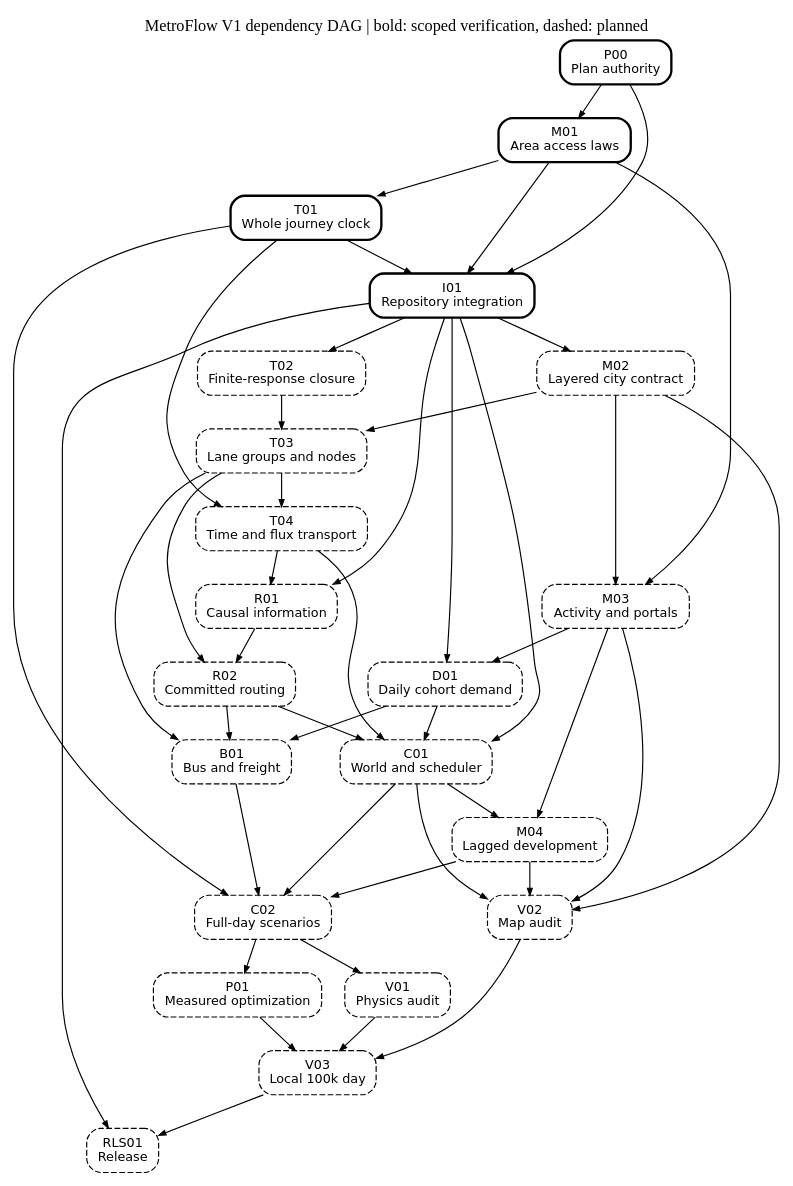
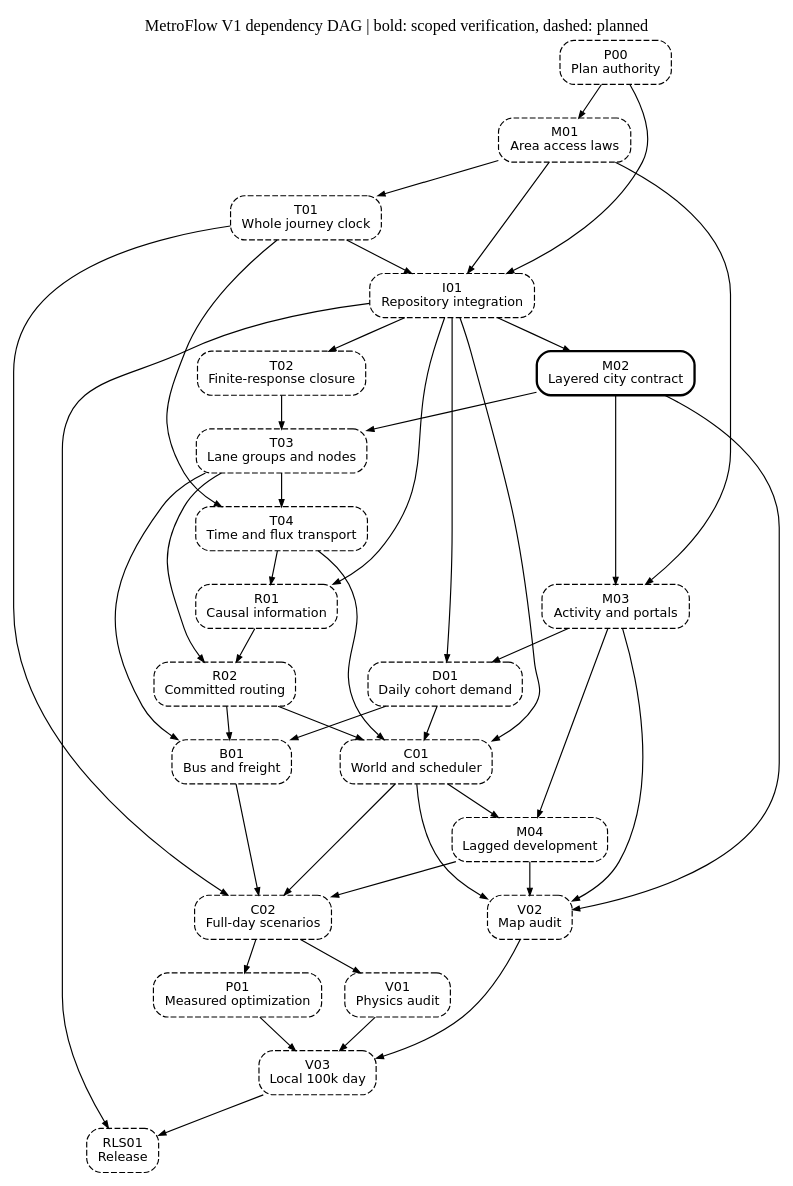
The diagram in docs/v1/DAG.dot (cosmosapjw-quantum/urban_traffic_demo), drawn with Graphviz before and after one commit. The commit also changed 22 other files, not shown here.

Commit message:
Implement M02 immutable city contract with 18 atlas JSON and 4 layered-road validations

```diff
--- a/docs/v1/DAG.dot
+++ b/docs/v1/DAG.dot
@@ -1,69 +1,69 @@
 digraph V1 {
 graph [rankdir=TB, nodesep=0.28, ranksep=0.4, labelloc=t, label="MetroFlow V1 dependency DAG | bold: scoped verification, dashed: planned"];
 node [shape=box, fontname="DejaVu Sans", fontsize=11, margin="0.12,0.10"];
 edge [arrowsize=0.6];
-P00 [label="P00\nPlan authority", style="rounded,bold"];
-M01 [label="M01\nArea access laws", style="rounded,bold"];
-T01 [label="T01\nWhole journey clock", style="rounded,bold"];
-I01 [label="I01\nRepository integration", style="rounded,bold"];
-M02 [label="M02\nLayered city contract", style="rounded,dashed"];
+P00 [label="P00\nPlan authority", style="rounded,dashed"];
+M01 [label="M01\nArea access laws", style="rounded,dashed"];
+T01 [label="T01\nWhole journey clock", style="rounded,dashed"];
+I01 [label="I01\nRepository integration", style="rounded,dashed"];
+M02 [label="M02\nLayered city contract", style="rounded,bold"];
 M03 [label="M03\nActivity and portals", style="rounded,dashed"];
 D01 [label="D01\nDaily cohort demand", style="rounded,dashed"];
 T02 [label="T02\nFinite-response closure", style="rounded,dashed"];
 T03 [label="T03\nLane groups and nodes", style="rounded,dashed"];
 T04 [label="T04\nTime and flux transport", style="rounded,dashed"];
 R01 [label="R01\nCausal information", style="rounded,dashed"];
 R02 [label="R02\nCommitted routing", style="rounded,dashed"];
 B01 [label="B01\nBus and freight", style="rounded,dashed"];
 C01 [label="C01\nWorld and scheduler", style="rounded,dashed"];
 M04 [label="M04\nLagged development", style="rounded,dashed"];
 C02 [label="C02\nFull-day scenarios", style="rounded,dashed"];
 P01 [label="P01\nMeasured optimization", style="rounded,dashed"];
 V01 [label="V01\nPhysics audit", style="rounded,dashed"];
 V02 [label="V02\nMap audit", style="rounded,dashed"];
 V03 [label="V03\nLocal 100k day", style="rounded,dashed"];
 RLS01 [label="RLS01\nRelease", style="rounded,dashed"];
 P00 -> M01;
 M01 -> T01;
 P00 -> I01;
 M01 -> I01;
 T01 -> I01;
 I01 -> M02;
 M02 -> M03;
 M01 -> M03;
 M03 -> D01;
 I01 -> D01;
 I01 -> T02;
 T02 -> T03;
 M02 -> T03;
 T03 -> T04;
 T01 -> T04;
 T04 -> R01;
 I01 -> R01;
 R01 -> R02;
 T03 -> R02;
 D01 -> B01;
 T03 -> B01;
 R02 -> B01;
 I01 -> C01;
 D01 -> C01;
 T04 -> C01;
 R02 -> C01;
 C01 -> M04;
 M03 -> M04;
 C01 -> C02;
 B01 -> C02;
 M04 -> C02;
 T01 -> C02;
 C02 -> P01;
 C02 -> V01;
 M02 -> V02;
 M03 -> V02;
 M04 -> V02;
 C01 -> V02;
 P01 -> V03;
 V01 -> V03;
 V02 -> V03;
 V03 -> RLS01;
 I01 -> RLS01;
 }
```
